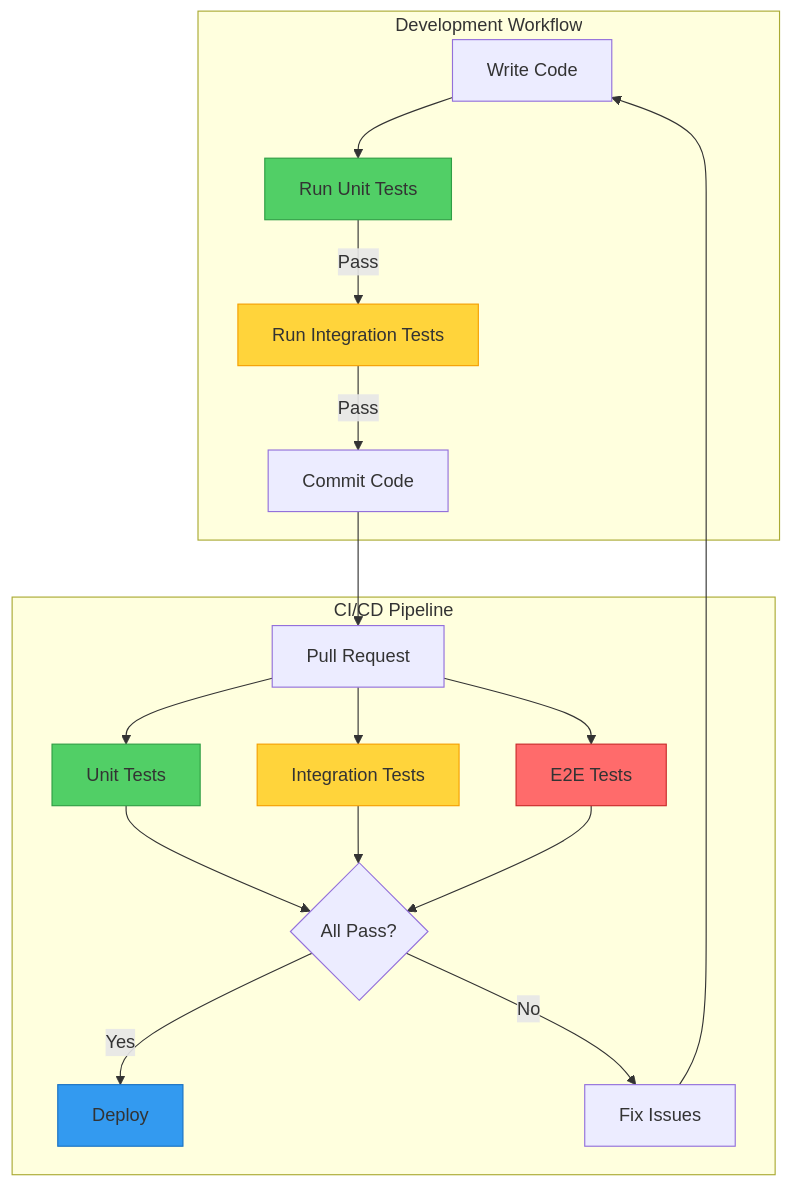
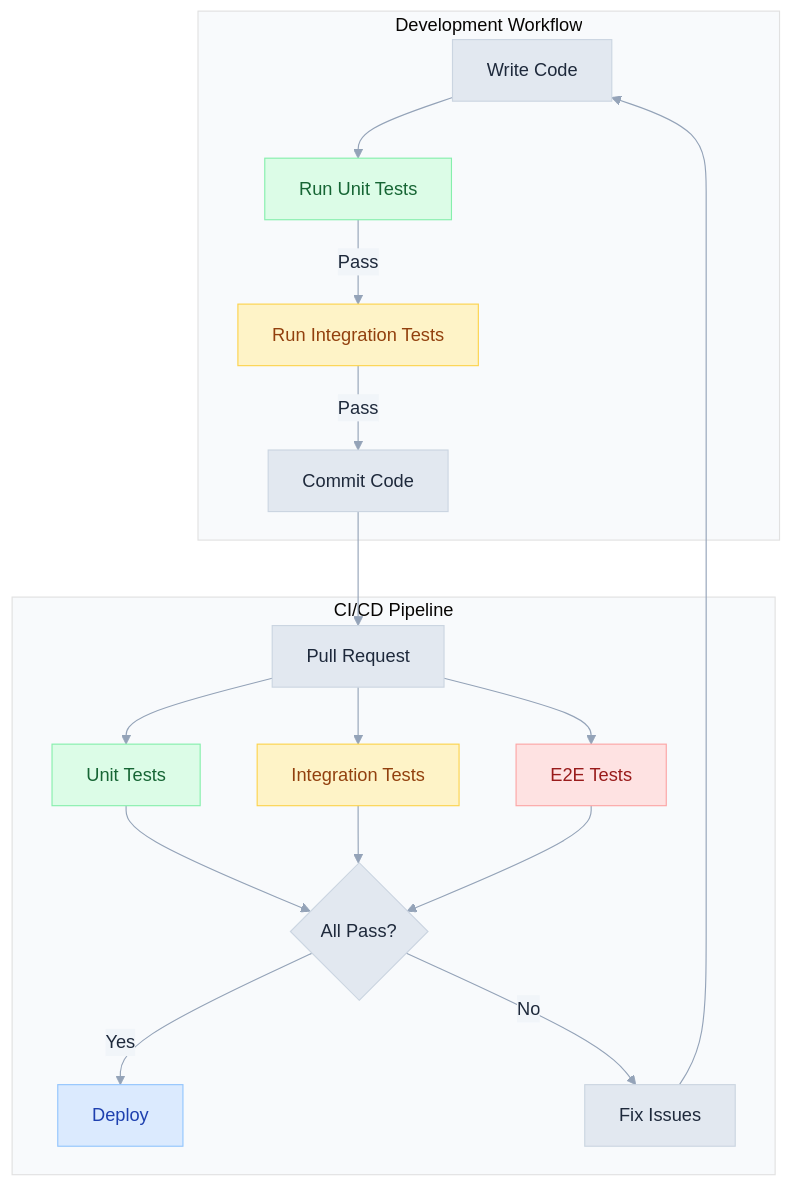
Before and after one commit to 3DHDSoft/devmultiplier-academy: the first of 6 diagrams in doc/testing-strategy-nextjs.md, drawn with Mermaid. The commit also changed other lines of this file and 19 other files, not shown here.

````diff
--- a/doc/testing-strategy-nextjs.md
+++ b/doc/testing-strategy-nextjs.md
@@ -37,28 +37,38 @@
 ```mermaid
-flowchart TD
+%%{init: {'theme': 'base', 'themeVariables': {
+  'primaryColor': '#e2e8f0',
+  'primaryTextColor': '#1e293b',
+  'primaryBorderColor': '#cbd5e1',
+  'lineColor': '#94a3b8',
+  'secondaryColor': '#f1f5f9',
+  'tertiaryColor': '#f8fafc',
+  'background': '#ffffff',
+  'textColor': '#334155',
+  'fontFamily': 'system-ui, -apple-system, sans-serif'
+}}}%%flowchart TD
     subgraph Development ["Development Workflow"]
         CODE[Write Code] --> UNIT[Run Unit Tests]
         UNIT -->|Pass| INT[Run Integration Tests]
         INT -->|Pass| COMMIT[Commit Code]
     end
 
     subgraph CI ["CI/CD Pipeline"]
         COMMIT --> PR[Pull Request]
         PR --> UNIT_CI[Unit Tests]
         PR --> INT_CI[Integration Tests]
         PR --> E2E_CI[E2E Tests]
         UNIT_CI --> MERGE{All Pass?}
         INT_CI --> MERGE
         E2E_CI --> MERGE
         MERGE -->|Yes| DEPLOY[Deploy]
         MERGE -->|No| FIX[Fix Issues]
         FIX --> CODE
     end
 
-    style UNIT fill:#51cf66,stroke:#2f9e44
-    style INT fill:#ffd43b,stroke:#f59f00
-    style UNIT_CI fill:#51cf66,stroke:#2f9e44
-    style INT_CI fill:#ffd43b,stroke:#f59f00
-    style E2E_CI fill:#ff6b6b,stroke:#c92a2a
-    style DEPLOY fill:#339af0,stroke:#1971c2
+    style UNIT fill:#dcfce7,stroke:#86efac,color:#166534
+    style INT fill:#fef3c7,stroke:#fcd34d,color:#92400e
+    style UNIT_CI fill:#dcfce7,stroke:#86efac,color:#166534
+    style INT_CI fill:#fef3c7,stroke:#fcd34d,color:#92400e
+    style E2E_CI fill:#fee2e2,stroke:#fca5a5,color:#991b1b
+    style DEPLOY fill:#dbeafe,stroke:#93c5fd,color:#1e40af
 ```
````
